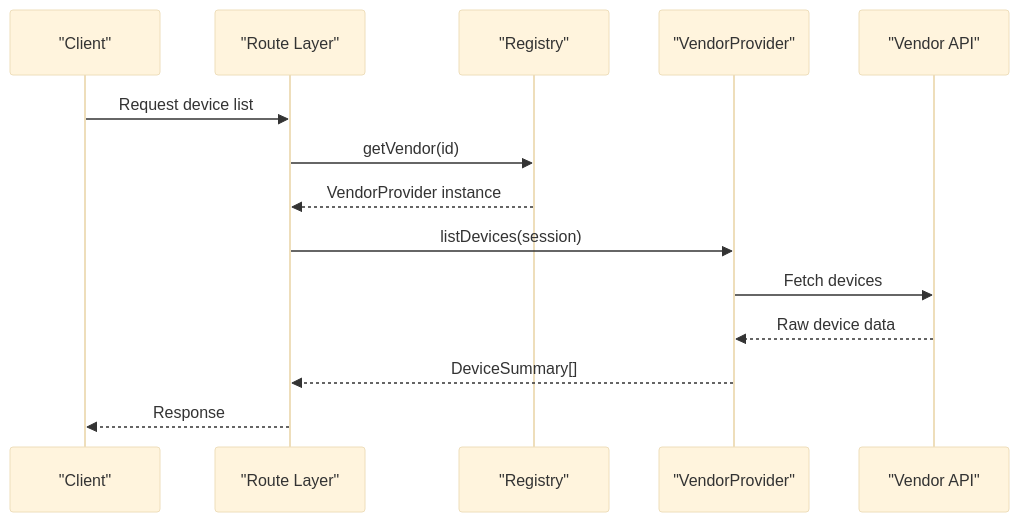
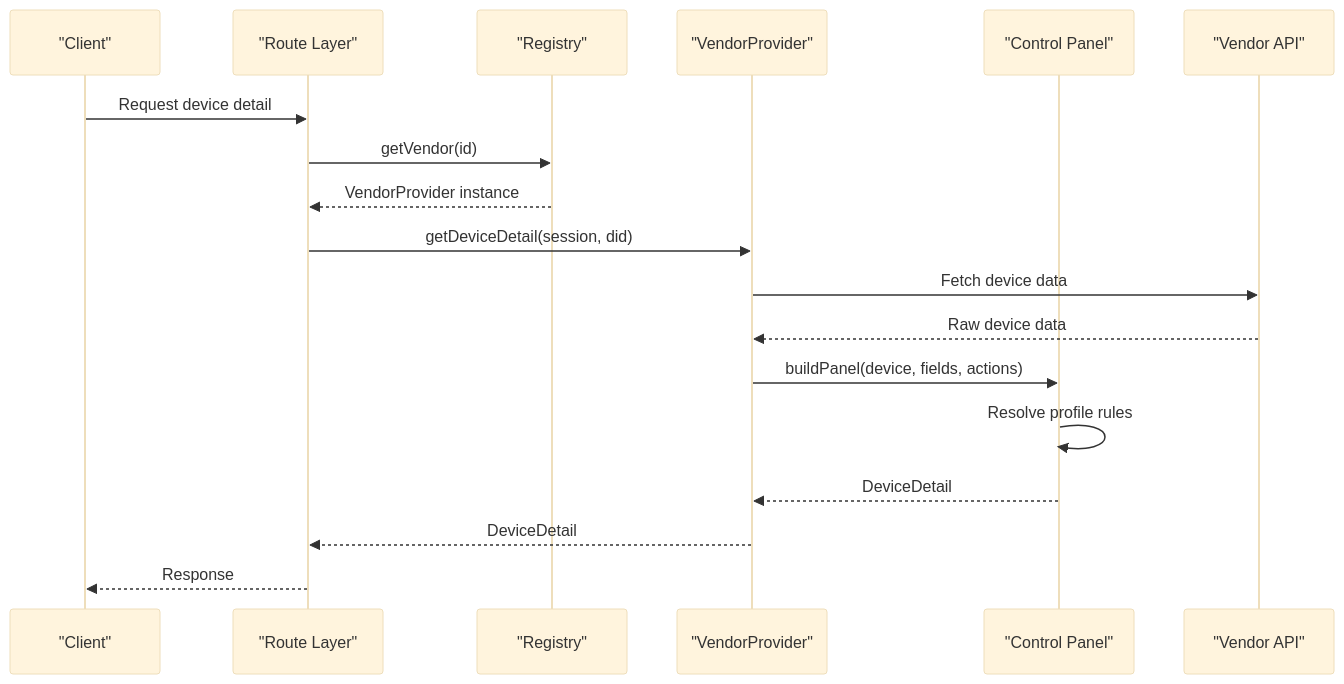
One commit to dlutwuwei/mihome-web changed the third of 10 diagrams in .qoder/repowiki/en/content/Architecture Overview/Provider System Architecture.md. Above: the diagram before and after it, drawn with Mermaid (base theme). The commit also changed other lines of this file and 84 other files, not shown here.

````diff
--- a/.qoder/repowiki/en/content/Architecture Overview/Provider System Architecture.md
+++ b/.qoder/repowiki/en/content/Architecture Overview/Provider System Architecture.md
@@ -121,16 +211,20 @@
 ```mermaid
 sequenceDiagram
 participant Client as "Client"
 participant Route as "Route Layer"
 participant Reg as "Registry"
 participant Prov as "VendorProvider"
+participant Panel as "Control Panel"
 participant VendorAPI as "Vendor API"
-Client->>Route : Request device list
+Client->>Route : Request device detail
 Route->>Reg : getVendor(id)
 Reg-->>Route : VendorProvider instance
-Route->>Prov : listDevices(session)
-Prov->>VendorAPI : Fetch devices
+Route->>Prov : getDeviceDetail(session, did)
+Prov->>VendorAPI : Fetch device data
 VendorAPI-->>Prov : Raw device data
-Prov-->>Route : DeviceSummary[]
+Prov->>Panel : buildPanel(device, fields, actions)
+Panel->>Panel : Resolve profile rules
+Panel-->>Prov : DeviceDetail
+Prov-->>Route : DeviceDetail
 Route-->>Client : Response
 ```
````
